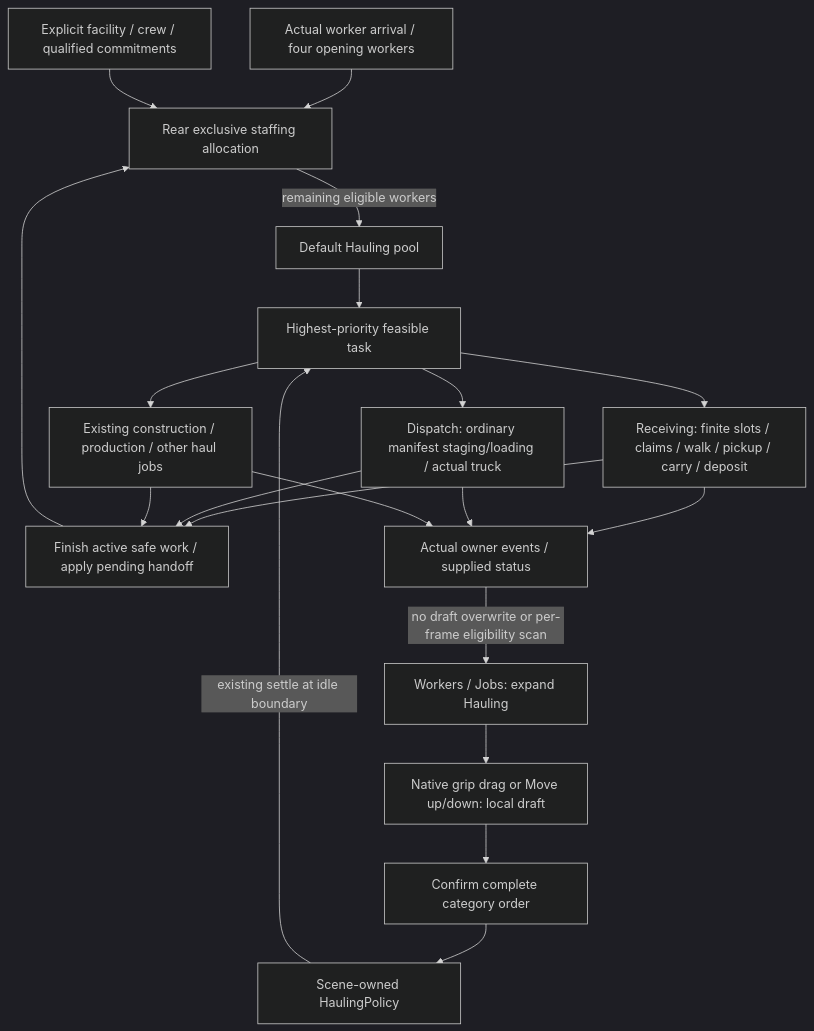
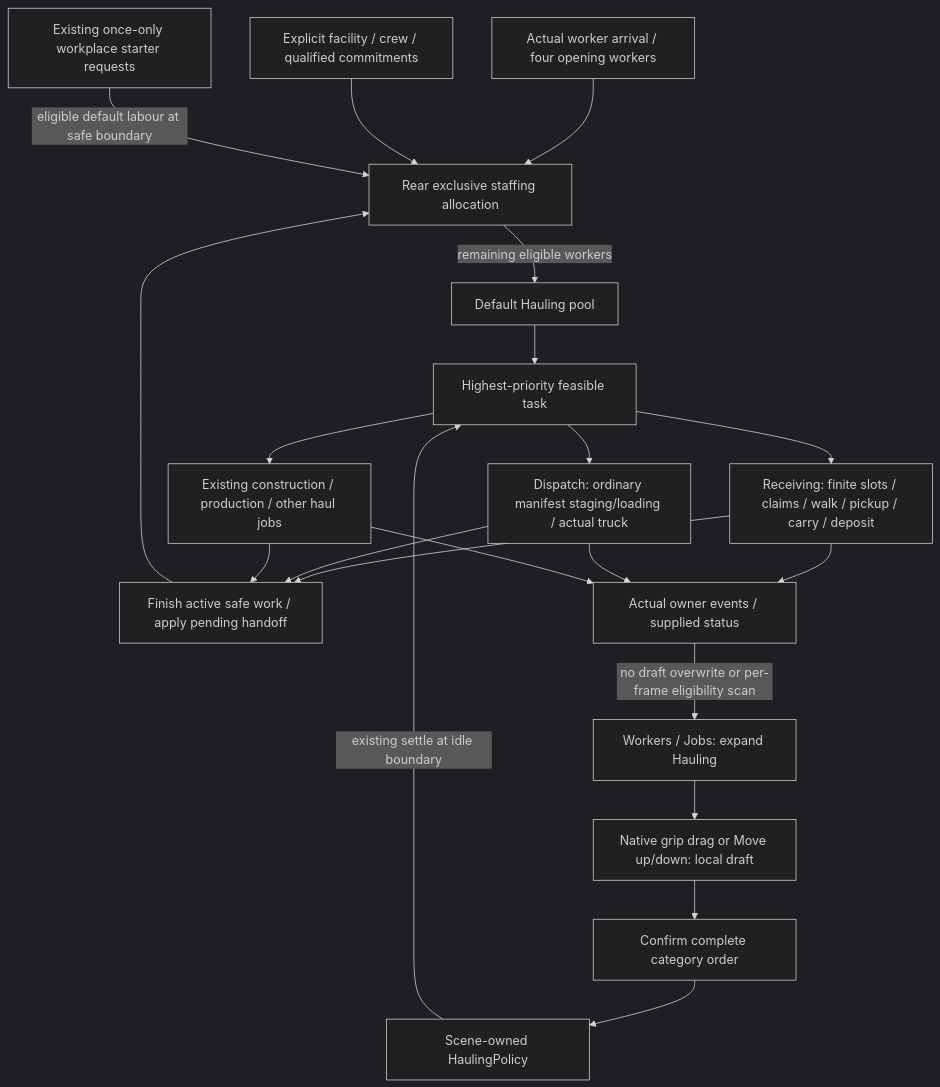
The diagram in docs/diagrams/hauling_priorities.mmd (TheInfinityIQ/Trencho_V4), drawn with Mermaid (dark theme) before and after one commit. The commit also changed 2 other files, not shown here.

Commit message:
Keep automatic workplace staffing compatible with default hauling

```diff
--- a/docs/diagrams/hauling_priorities.mmd
+++ b/docs/diagrams/hauling_priorities.mmd
@@ -1,20 +1,21 @@
 flowchart TD
   Arrival[Actual worker arrival / four opening workers] --> Staffing[Rear exclusive staffing allocation]
   Explicit[Explicit facility / crew / qualified commitments] --> Staffing
+  Starter[Existing once-only workplace starter requests] -->|eligible default labour at safe boundary| Staffing
   Staffing -->|remaining eligible workers| Hauling[Default Hauling pool]
   UI[Workers / Jobs: expand Hauling] --> Draft[Native grip drag or Move up/down: local draft]
   Draft --> Confirm[Confirm complete category order]
   Confirm --> Policy[Scene-owned HaulingPolicy]
   Policy -->|existing settle at idle boundary| Next[Highest-priority feasible task]
   Hauling --> Next
   Next --> Receiving[Receiving: finite slots / claims / walk / pickup / carry / deposit]
   Next --> Dispatch[Dispatch: ordinary manifest staging/loading / actual truck]
   Next --> Haul[Existing construction / production / other haul jobs]
   Receiving --> Safe[Finish active safe work / apply pending handoff]
   Dispatch --> Safe
   Haul --> Safe
   Safe --> Staffing
   Receiving --> Facts[Actual owner events / supplied status]
   Dispatch --> Facts
   Haul --> Facts
   Facts -->|no draft overwrite or per-frame eligibility scan| UI
```
